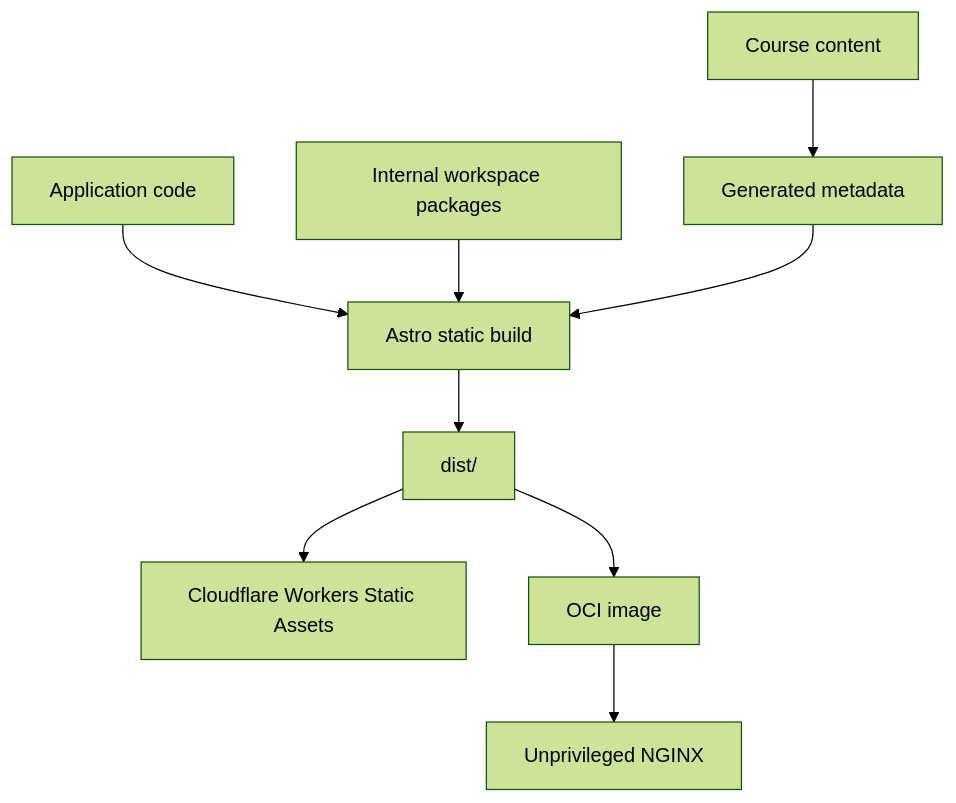
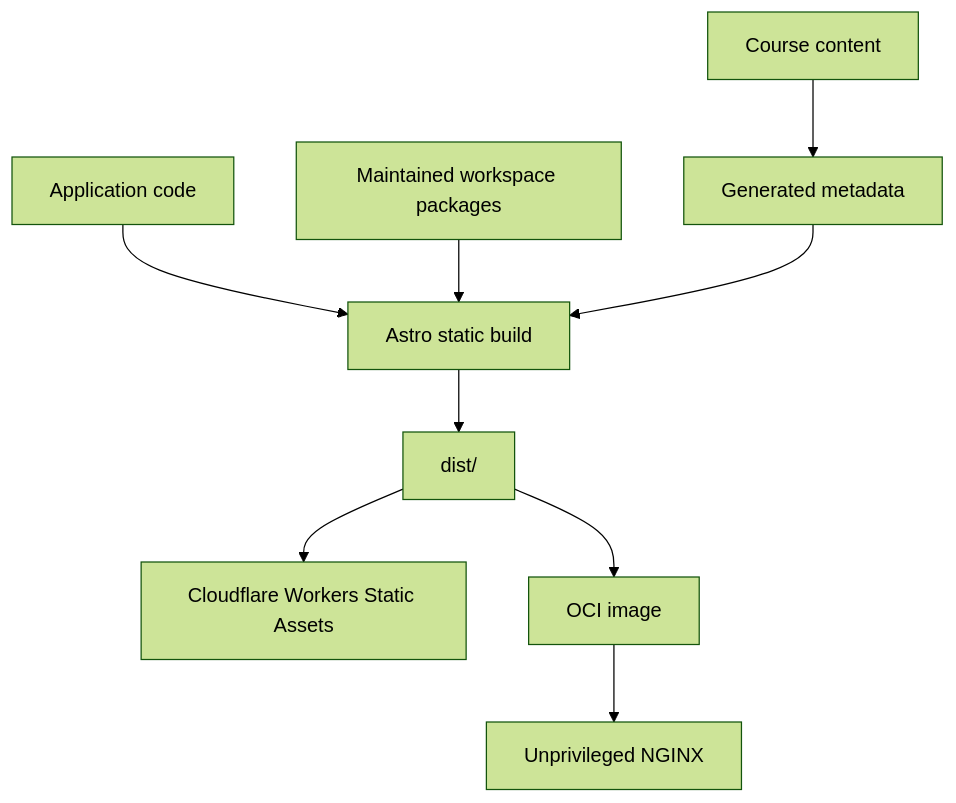
The second of 3 diagrams in README.md (r8vnhill/dibs-astro), drawn with Mermaid (forest theme) before and after one commit. The commit also changed other lines of this file and 4 other files, not shown here.

First line of the commit message:
📚 docs(design): Clarify `site-core` architecture as external package

````diff
--- a/README.md
+++ b/README.md
@@ -191,23 +191,23 @@
 ```mermaid
 flowchart TD
     content[Course content]
     app[Application code]
     metadata[Generated metadata]
-    workspaces[Internal workspace packages]
+    workspaces[Maintained workspace packages]
     astro[Astro static build]
     dist[dist/]
 
     cloudflare[Cloudflare Workers Static Assets]
     oci[OCI image]
     nginx[Unprivileged NGINX]
 
     content --> metadata
     app --> astro
     workspaces --> astro
     metadata --> astro
     astro --> dist
 
     dist --> cloudflare
     dist --> oci
     oci --> nginx
 ```
````
